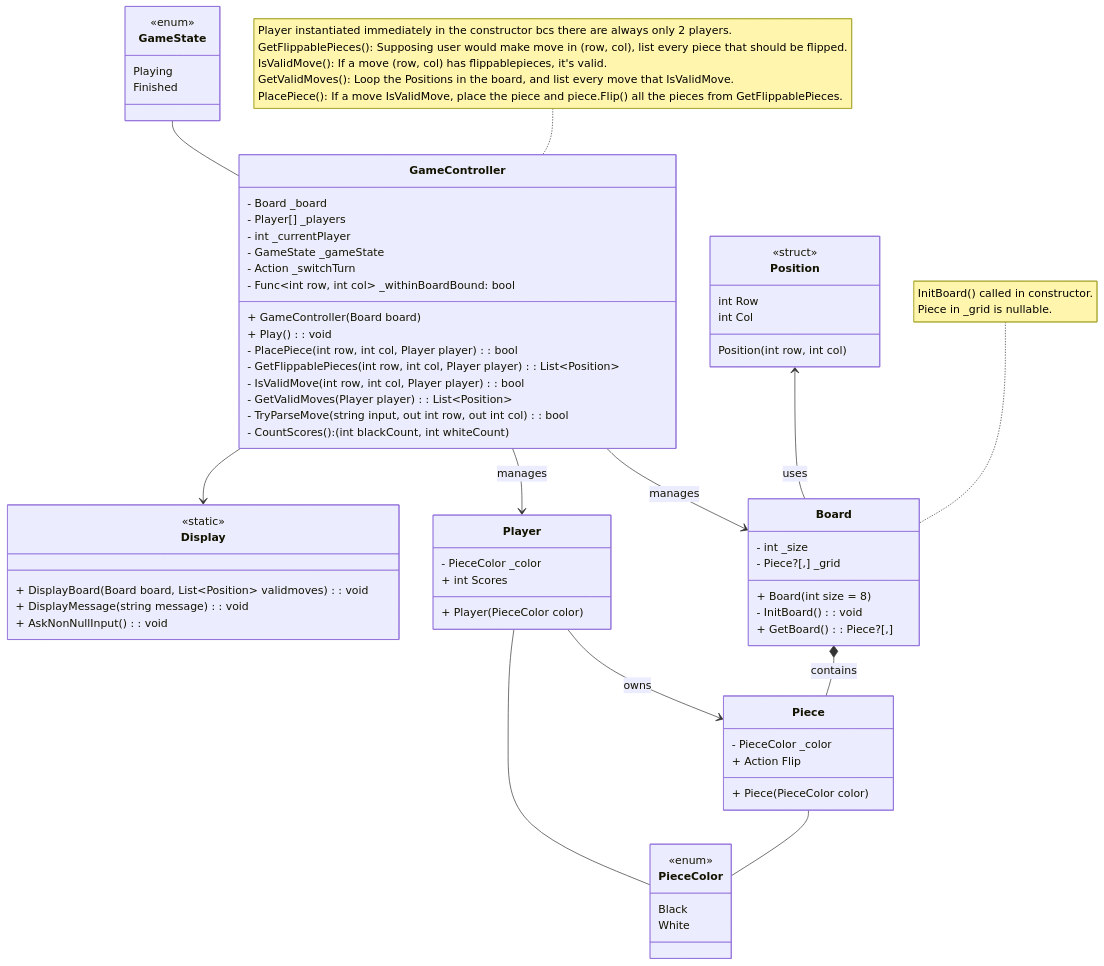
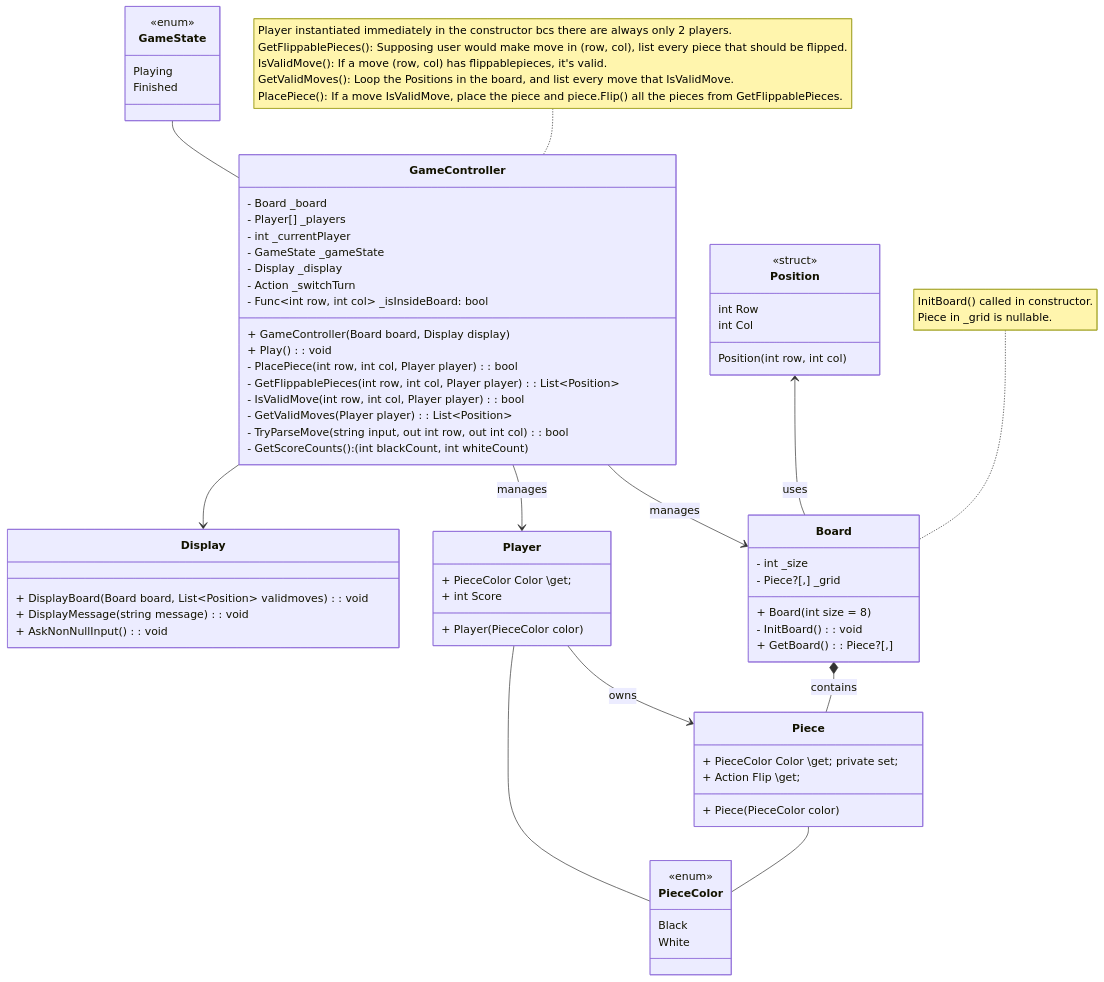
The diagram in BoardGame/othelloworld.mmd (soniaagst/project-sonia), drawn with Mermaid before and after one commit.

Commit message:
updated class diagram

```diff
--- a/BoardGame/othelloworld.mmd
+++ b/BoardGame/othelloworld.mmd
@@ -1,118 +1,118 @@
 classDiagram
     GameController --> Board : manages
     GameController --> Player : manages
     GameState -- GameController
     GameController --> Display
     Board *-- Piece : contains
     Position <-- Board : uses
     Player --> Piece : owns
     Player -- PieceColor
     Piece -- PieceColor
 
     class Display {
-        <<static>>
         + DisplayBoard(Board board, List~Position~ validmoves): void
         + DisplayMessage(string message): void
         + AskNonNullInput( ): void
     }
 
     class GameController {
         - Board _board
         - Player[] _players
         - int _currentPlayer
         - GameState _gameState
+        - Display _display
         - Action _switchTurn
-        - Func~int row, int col~ _withinBoardBound: bool
-        + GameController(Board board)
+        - Func~int row, int col~ _isInsideBoard: bool
+        + GameController(Board board, Display display)
         + Play(): void
         - PlacePiece(int row, int col, Player player): bool
         - GetFlippablePieces(int row, int col, Player player): List~Position~
         - IsValidMove(int row, int col, Player player): bool
         - GetValidMoves(Player player): List~Position~
         - TryParseMove(string input, out int row, out int col): bool
-        - CountScores(): (int blackCount, int whiteCount)
+        - GetScoreCounts(): (int blackCount, int whiteCount)
     }
     note for GameController "Player instantiated immediately in the constructor bcs there are always only 2 players.
     GetFlippablePieces(): Supposing user would make move in (row, col), list every piece that should be flipped.
     IsValidMove(): If a move (row, col) has flippablepieces, it's valid.
     GetValidMoves(): Loop the Positions in the board, and list every move that IsValidMove.
     PlacePiece(): If a move IsValidMove, place the piece and piece.Flip() all the pieces from GetFlippablePieces.
     "
 
     class Board {
         - int _size
         - Piece?[,] _grid
         + Board(int size = 8)
         - InitBoard(): void
         + GetBoard(): Piece?[,]
     }
     note for Board "InitBoard() called in constructor.
     Piece in _grid is nullable."
 
     class Piece {
-        - PieceColor _color
-        + Action Flip
+        + PieceColor Color \\get; private set;
+        + Action Flip \\get;
         + Piece(PieceColor color)
     }
 
     class Player {
-        - PieceColor _color
-        + int Scores
+        + PieceColor Color \\get;
+        + int Score
         + Player(PieceColor color)
     }
 
     class Position {
         <<struct>>
         int Row
         int Col
         Position(int row, int col)
     }
 
     class PieceColor {
         <<enum>>
         Black
         White
     }
     %% Black marked with X, White marked with O
 
     class GameState {
         <<enum>>
         Playing
         Finished
     }
 
 
 %% Rules:
 
 %% 2 players (Black & White), on 8x8 board.
 
 %% Initial board: 4 pieces at the center with this configuration:
 %% W B
 %% B W
 
 %% Black moves first.
 
 %% Black (White) place a black (white) piece on the board, 
 %% in such a way that there is at least one straight 
 %% (horizontal, vertical, or diagonal) occupied line 
 %% between the new piece and another black (white) piece, 
 %% with one or more contiguous white (black) pieces between them.
 
 %% After placing the piece, 
 %% Black (White) flips all white pieces lying on a straight line
 %% between the new piece and any existing black (white) pieces.
 
 %% All flipped pieces are now black (white).
 
 %% Players alternate taking turns.
 
 %% If a player does not have any valid moves,
 %% play passes back to the other player.
 
 %% When neither player can move, the game ends.
 
 %% A game of Othello may end before the board is completely filled.
 
 %% The player with the most pieces on the board at the end of the game wins.
 
 %% If both players have the same number of pieces, then the game is a draw.
```
